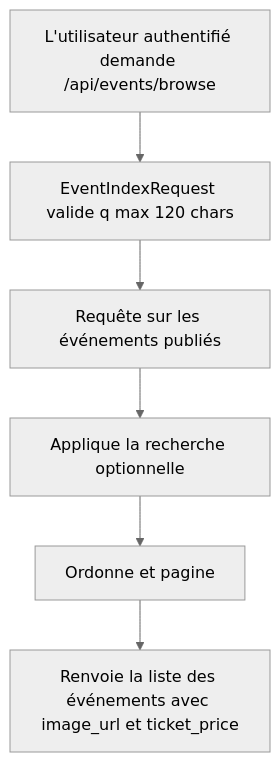
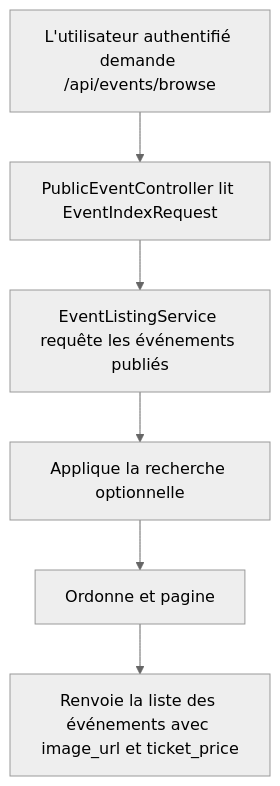
Before and after one commit to HOUDAZ011100100/SecRet-cms: the sixth of 34 diagrams in backend/docs/uml/workflows.md, drawn with Mermaid (neutral theme). The commit also changed other lines of this file and 27 other files, not shown here.

````diff
--- a/backend/docs/uml/workflows.md
+++ b/backend/docs/uml/workflows.md
@@ -165,8 +171,8 @@
 ```mermaid
 flowchart TD
-    A[L'utilisateur authentifié demande /api/events/browse] --> B[EventIndexRequest valide q max 120 chars]
-    B --> C[Requête sur les événements publiés]
+    A[L'utilisateur authentifié demande /api/events/browse] --> B[PublicEventController lit EventIndexRequest]
+    B --> C[EventListingService requête les événements publiés]
     C --> D[Applique la recherche optionnelle]
     D --> E[Ordonne et pagine]
     E --> F[Renvoie la liste des événements avec image_url et ticket_price]
 ```
````
